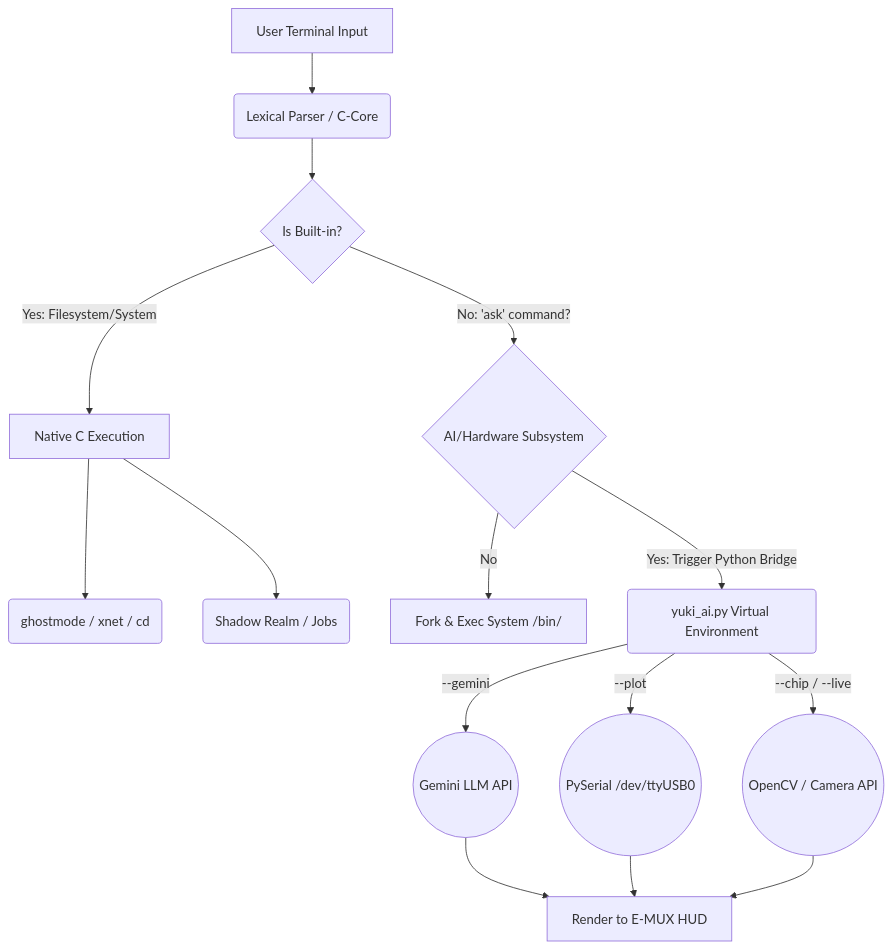
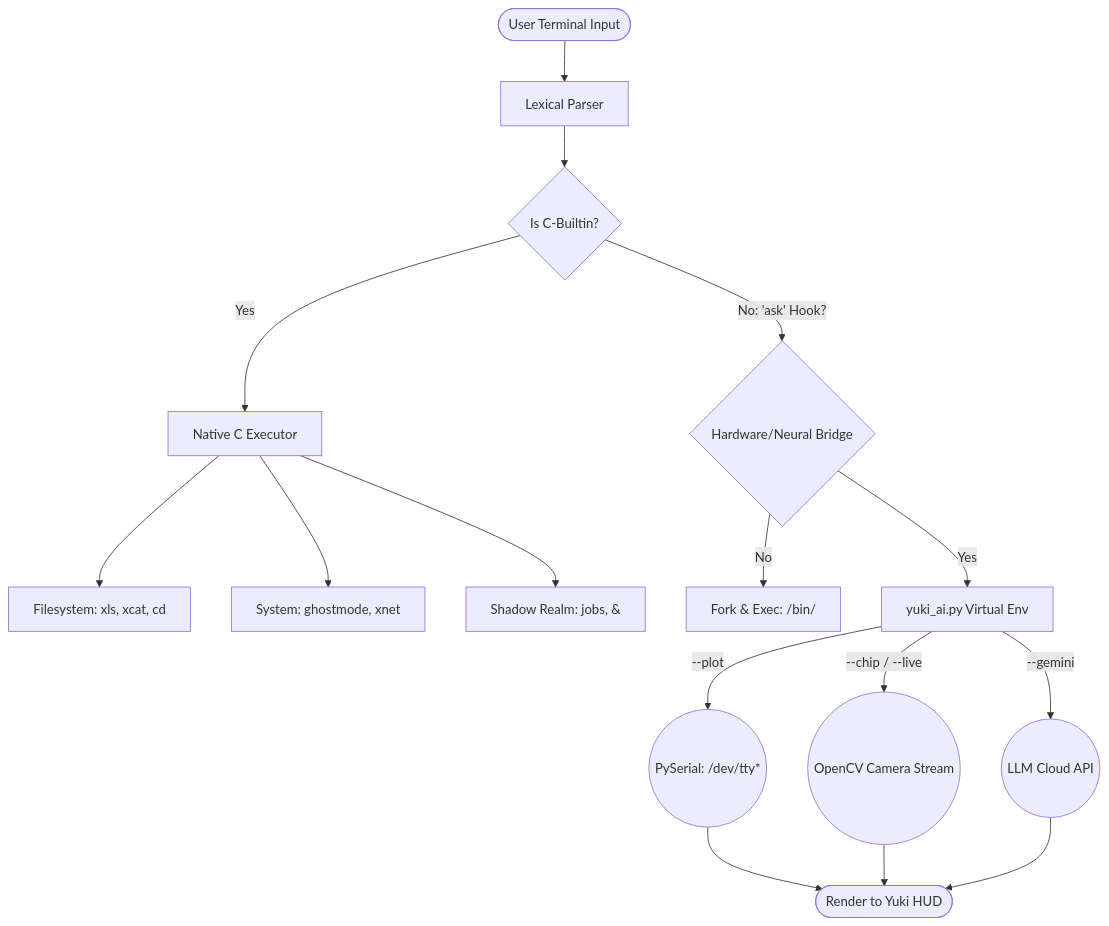
One commit to YukiCodepth/yukishell changed the diagram in README.md. Above: the diagram before and after it, drawn with Mermaid. The commit also changed other lines of this file, not shown here.

````diff
--- a/README.md
+++ b/README.md
@@ -54,23 +102,24 @@
 ```mermaid
 graph TD
-    A[User Terminal Input] --> B(Lexical Parser / C-Core)
-    B --> C{Is Built-in?}
+    A([User Terminal Input]) --> B[Lexical Parser]
+    B --> C{Is C-Builtin?}
     
-    C -->|Yes: Filesystem/System| D[Native C Execution]
-    D --> D1(ghostmode / xnet / cd)
-    D --> D2(Shadow Realm / Jobs)
+    C -->|Yes| D[Native C Executor]
+    D --> D1[Filesystem: xls, xcat, cd]
+    D --> D2[System: ghostmode, xnet]
+    D --> D3[Shadow Realm: jobs, &]
     
-    C -->|No: 'ask' command?| E{AI/Hardware Subsystem}
+    C -->|No: 'ask' Hook?| E{Hardware/Neural Bridge}
     
-    E -->|No| F[Fork & Exec System /bin/]
+    E -->|No| F[Fork & Exec: /bin/]
     
-    E -->|Yes: Trigger Python Bridge| G(yuki_ai.py Virtual Environment)
+    E -->|Yes| G[yuki_ai.py Virtual Env]
     
-    G -->|--gemini| H((Gemini LLM API))
-    G -->|--plot| I((PySerial /dev/ttyUSB0))
-    G -->|--chip / --live| J((OpenCV / Camera API))
+    G -->|--plot| H((PySerial: /dev/tty*))
+    G -->|--chip / --live| I((OpenCV Camera Stream))
+    G -->|--gemini| J((LLM Cloud API))
     
-    H --> K[Render to E-MUX HUD]
+    H --> K([Render to Yuki HUD])
     I --> K
     J --> K
 ```
````
